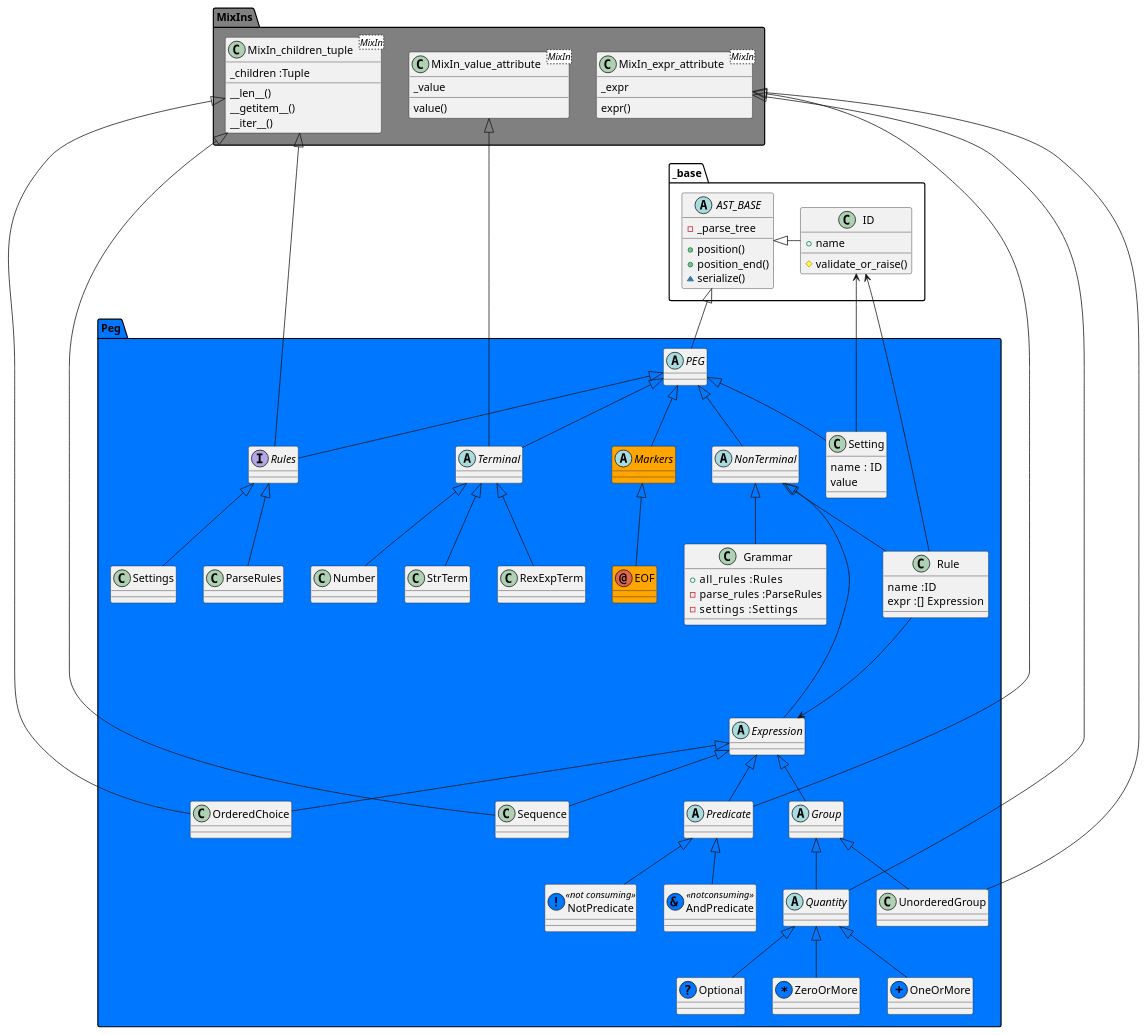
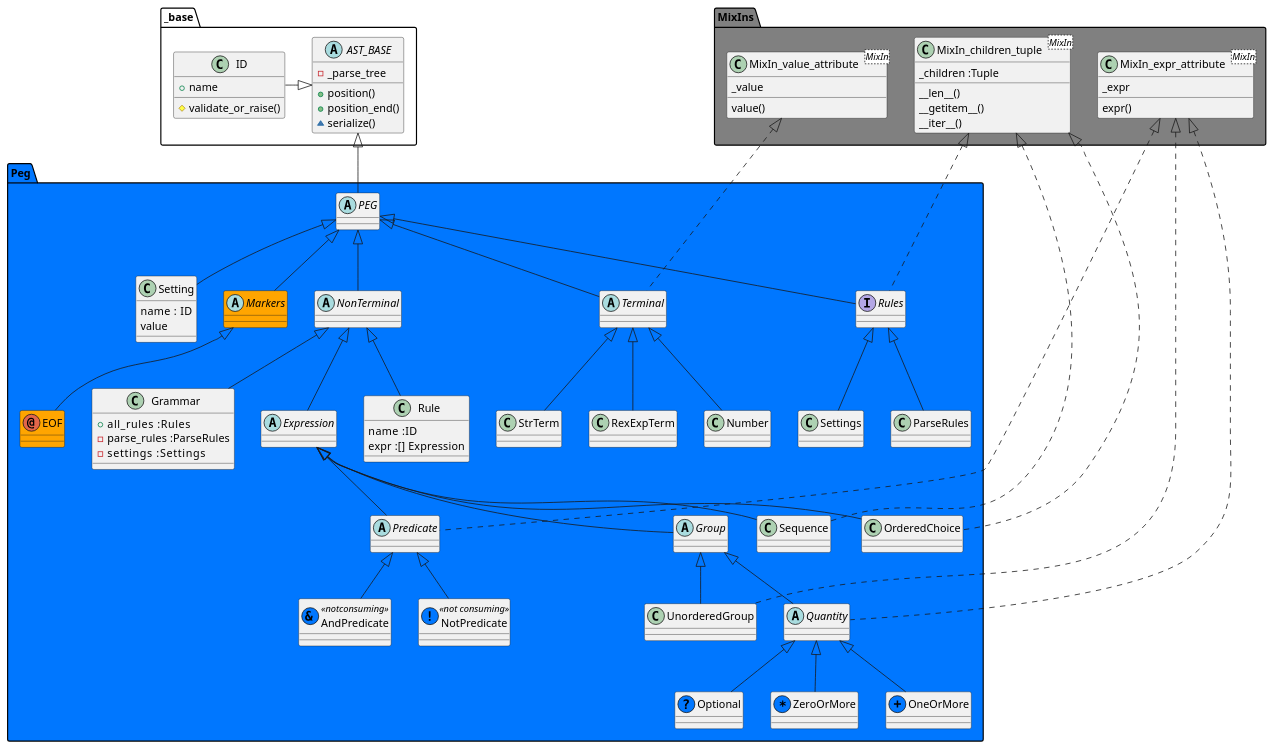
The diagram in Design/Peg.puml (AlbertMietus/CCastle2.hg), drawn with PlantUML before and after one commit. The commit also changed other lines of this file, not shown here.

Commit message:
Design/Peg.puml rewriten do it order top-down, without forcing

```diff
--- a/Design/Peg.puml
+++ b/Design/Peg.puml
@@ -1,124 +1,119 @@
 @startuml
 
 package _base {
 
 abstract AST_BASE {
   -_parse_tree
   +position()
   +position_end()
   ~serialize()
 }
 
 class ID {
   +name
   #validate_or_raise()
 }
 
 ID  =|> AST_BASE
 }
 
 package MixIns  #Gray {
 
   class MixIn_value_attribute<MixIn> {
   _value
   value()
   }
 
   class MixIn_expr_attribute<MixIn> {
   _expr
   expr()
   }
 
   class MixIn_children_tuple<MixIn> {
    _children :Tuple
   __len__()
   __getitem__()
   __iter__()
   }
 }
 
 package Peg #0077ff {
 
 abstract PEG
-PEG =up=|>   AST_BASE
+AST_BASE <|== PEG
 
 
 
 abstract Terminal
-Terminal   =up=|> PEG
-Terminal  --up--|> MixIn_value_attribute
-StrTerm    =up=|> Terminal
-RexExpTerm =up=|> Terminal
-Number     =up=|> Terminal
+PEG                   <|==   Terminal
+MixIn_value_attribute <|...  Terminal
+Terminal              <|==   StrTerm
+Terminal              <|==   RexExpTerm
+Terminal              <|==   Number
 
-abstract Markers #ORANGE
-Markers    =up=|> PEG
-annotation EOF #ORANGE
-EOF 	   =up=|> Markers
+abstract    Markers #Orange
+annotation  EOF     #Orange
+PEG         <|==    Markers
+Markers     <|==    EOF
 
 abstract NonTerminal
-NonTerminal =up=|> PEG
+PEG          <|== NonTerminal
 abstract Expression
-Expression  =up=|> NonTerminal
+NonTerminal  <|== Expression
 
 class Setting  {
  name  : ID
  value
 }
-Setting =up=|> PEG
-Setting -up-> ID
+PEG      <|==  Setting
 
 class Rule {
   name  :ID
   expr  :[] Expression
 }
-Rule =up=|> NonTerminal
-Rule -up-> ID
-Rule ---> Expression
+NonTerminal  <|==  Rule
 
 interface Rules
-Rules     =up=|> PEG
-Rules    --up--|> MixIn_children_tuple
-
-ParseRules =up=|> Rules
-Settings   =up=|> Rules
-
+PEG                   <|==    Rules
+MixIn_children_tuple  <|...  Rules
+Rules                 <|==    ParseRules
+Rules                 <|==    Settings
 
 class Grammar {
   +all_rules    :Rules
   -parse_rules  :ParseRules
   -settings     :Settings
 }
-Grammar =up=|> NonTerminal
+NonTerminal  <|== Grammar
 
 
 abstract Group
-Group            =up=|> Expression
-UnorderedGroup   =up=|> Group
-UnorderedGroup  --up--|> MixIn_expr_attribute
+Expression            <|== Group
+Group                 <|== UnorderedGroup
+MixIn_expr_attribute  <|... UnorderedGroup
 abstract Quantity
-Quantity         =up=|> Group
-Quantity        --up--|> MixIn_expr_attribute
-Sequence         =up=|> Expression
-Sequence        --up--|> MixIn_children_tuple
+Group                   <|==    Quantity
+MixIn_expr_attribute    <|...    Quantity
+Expression              <|==    Sequence
+MixIn_children_tuple    <|...  Sequence
 
-OrderedChoice    =up=|> Expression
-OrderedChoice   --up--|> MixIn_children_tuple
+Expression             <|==   OrderedChoice
+MixIn_children_tuple   <|...  OrderedChoice
 
 class Optional   << (?, #0077ff) >>
-Optional	 =up=|> Quantity
+Quantity          <|==   Optional
 class ZeroOrMore << (*, #0077ff) >>
-ZeroOrMore	 =up=|> Quantity
+Quantity          <|==   ZeroOrMore
 class OneOrMore  << (+, #0077ff) >>
-OneOrMore	 =up=|> Quantity
+Quantity          <|==   OneOrMore
 
 abstract Predicate
-Predicate	 =up=|> Expression
-Predicate       --up--|> MixIn_expr_attribute
+Expression             <|==   Predicate
+MixIn_expr_attribute   <|... Predicate
 class AndPredicate << (&, #0077ff) notconsuming >>
-AndPredicate     =up=|> Predicate
+Predicate               <|== AndPredicate
 class NotPredicate << (! ,#0077ff) not consuming >>
-NotPredicate     =up=|> Predicate
+Predicate               <|== NotPredicate
 
 }
 @enduml
```
